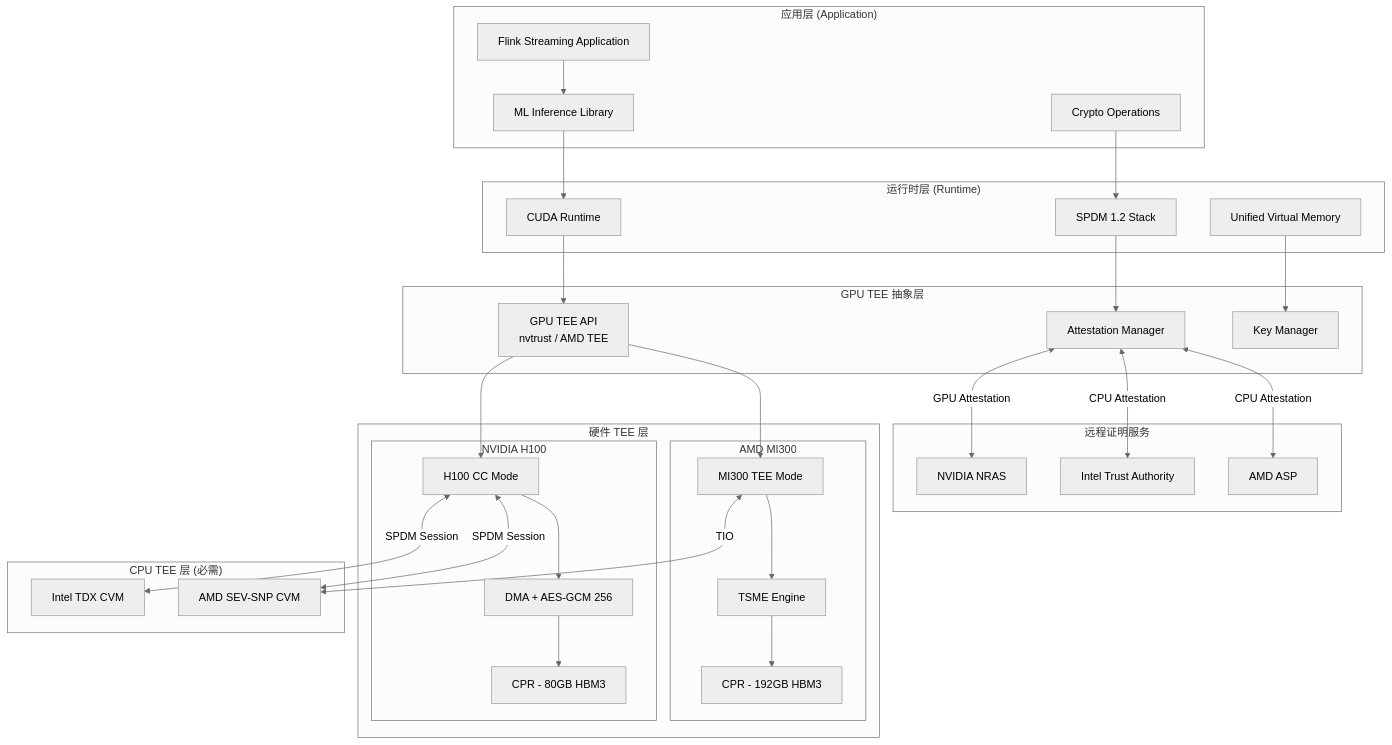
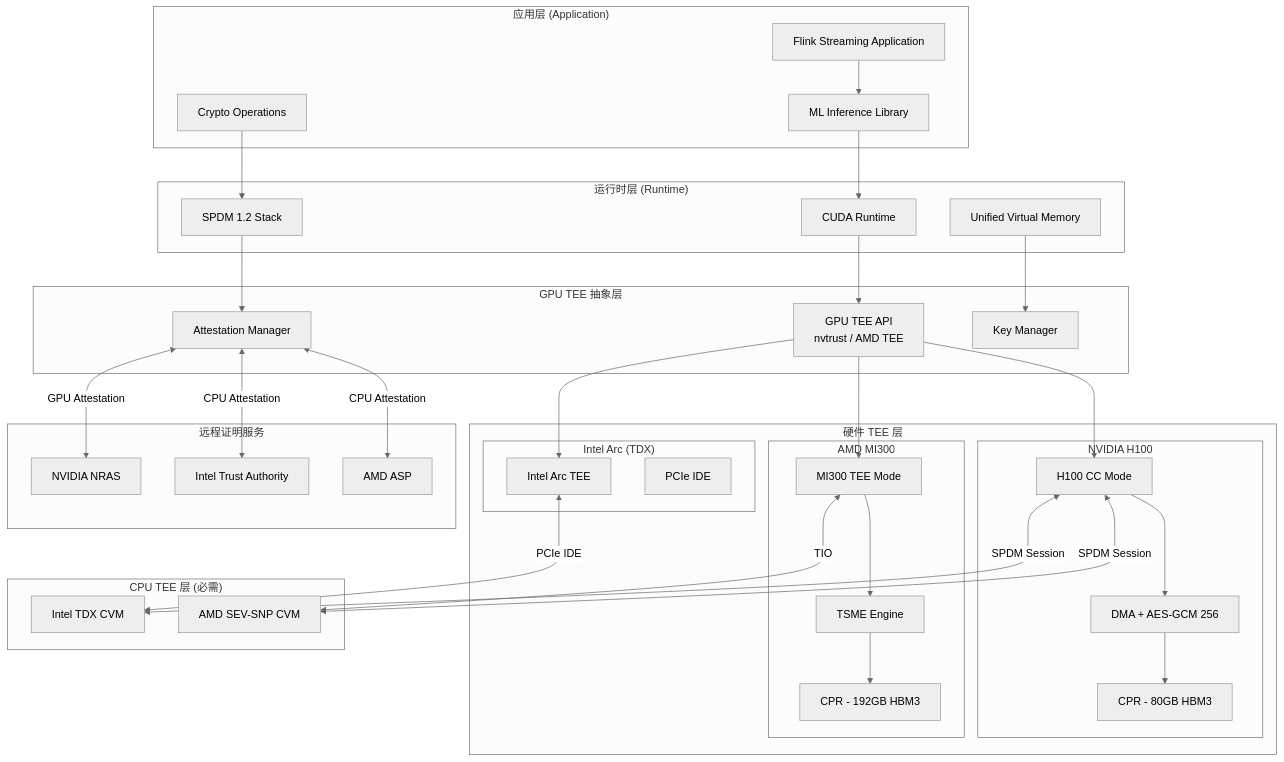
One commit to AdaMartin18010/AnalysisDataFlow changed the fourth of 7 diagrams in Flink/13-security/gpu-confidential-computing.md. Above: the diagram before and after it, drawn with Mermaid (neutral theme). The commit also changed other lines of this file and 20 other files, not shown here.

````diff
--- a/Flink/13-security/gpu-confidential-computing.md
+++ b/Flink/13-security/gpu-confidential-computing.md
@@ -678,66 +978,73 @@
 ```mermaid
 graph TB
     subgraph "应用层 (Application)"
         FLINK_APP[Flink Streaming Application]
         ML_LIB[ML Inference Library]
         CRYPTO[Crypto Operations]
     end
 
     subgraph "运行时层 (Runtime)"
         CUDART[CUDA Runtime]
         SPDM[SPDM 1.2 Stack]
         UVM[Unified Virtual Memory]
     end
 
     subgraph "GPU TEE 抽象层"
         TEE_API[GPU TEE API<br/>nvtrust / AMD TEE]
         ATTEST_MGR[Attestation Manager]
         KEY_MGR[Key Manager]
     end
 
     subgraph "硬件 TEE 层"
         subgraph "NVIDIA H100"
             H100_CC[H100 CC Mode]
             H100_CPR[CPR - 80GB HBM3]
             H100_DMA[DMA + AES-GCM 256]
         end
 
         subgraph "AMD MI300"
             MI300_TEE[MI300 TEE Mode]
             MI300_CPR[CPR - 192GB HBM3]
             MI300_TSME[TSME Engine]
         end
+
+        subgraph "Intel Arc (TDX)"
+            ARC_TEE[Intel Arc TEE]
+            ARC_PCIE[PCIe IDE]
+        end
     end
 
     subgraph "CPU TEE 层 (必需)"
         TDX[Intel TDX CVM]
         SNP[AMD SEV-SNP CVM]
     end
 
     subgraph "远程证明服务"
         NRAS[NVIDIA NRAS]
         ITA[Intel Trust Authority]
         ASP[AMD ASP]
     end
 
     FLINK_APP --> ML_LIB --> CUDART
     CRYPTO --> SPDM
 
     CUDART --> TEE_API
     SPDM --> ATTEST_MGR
     UVM --> KEY_MGR
 
     TEE_API --> H100_CC
     TEE_API --> MI300_TEE
+    TEE_API --> ARC_TEE
 
     ATTEST_MGR <-->|GPU Attestation| NRAS
     ATTEST_MGR <-->|CPU Attestation| ITA
     ATTEST_MGR <-->|CPU Attestation| ASP
 
     H100_CC <-->|SPDM Session| TDX
     H100_CC <-->|SPDM Session| SNP
     MI300_TEE <-->|TIO| SNP
+    ARC_TEE <-->|PCIe IDE| TDX
 
     H100_CC --> H100_DMA --> H100_CPR
     MI300_TEE --> MI300_TSME --> MI300_CPR
 ```
````
